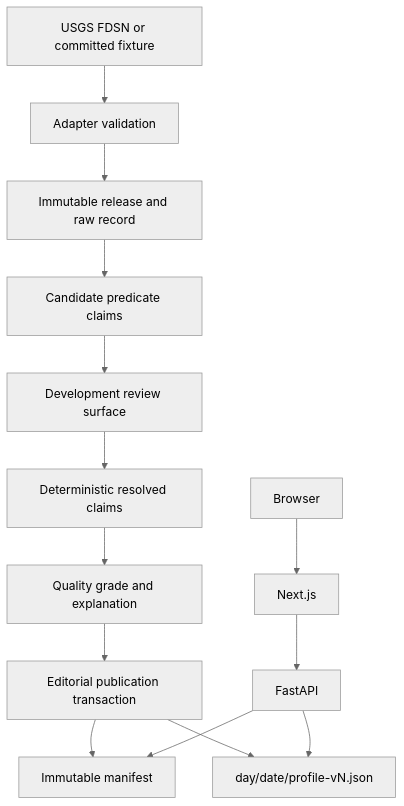
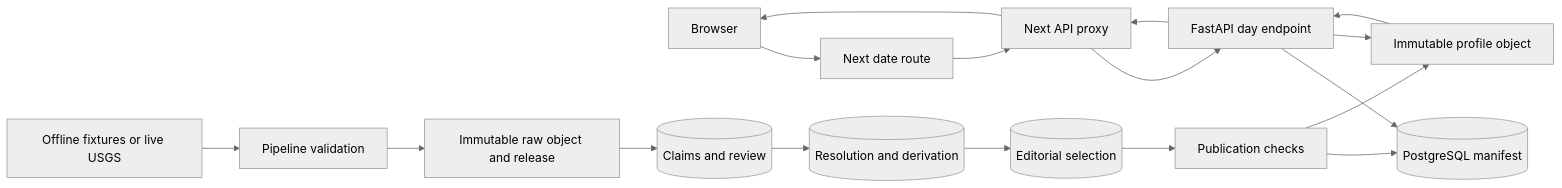
The diagram in docs/HANDOFF.md (canfieldjuan/day-perspective), drawn with Mermaid (neutral theme) before and after one commit. The commit also changed other lines of this file and 66 other files, not shown here.

````diff
--- a/docs/HANDOFF.md
+++ b/docs/HANDOFF.md
@@ -42,16 +60,19 @@
 ```mermaid
-flowchart TD
-  U[USGS FDSN or committed fixture] --> A[Adapter validation]
-  A --> R[Immutable release and raw record]
-  R --> C[Candidate predicate claims]
-  C --> V[Development review surface]
-  V --> X[Deterministic resolved claims]
-  X --> Q[Quality grade and explanation]
-  Q --> P[Editorial publication transaction]
-  P --> M[Immutable manifest]
-  P --> J[day/date/profile-vN.json]
-  B[Browser] --> N[Next.js]
-  N --> F[FastAPI]
-  F --> M
-  F --> J
+flowchart LR
+  B[Browser] --> W[Next date route]
+  W --> P[Next API proxy]
+  P --> A[FastAPI day endpoint]
+  A --> M[(PostgreSQL manifest)]
+  A --> O[Immutable profile object]
+  O --> A
+  A --> P
+  P --> B
+  F[Offline fixtures or live USGS] --> I[Pipeline validation]
+  I --> R[Immutable raw object and release]
+  R --> C[(Claims and review)]
+  C --> X[(Resolution and derivation)]
+  X --> E[(Editorial selection)]
+  E --> Q[Publication checks]
+  Q --> M
+  Q --> O
 ```
````
